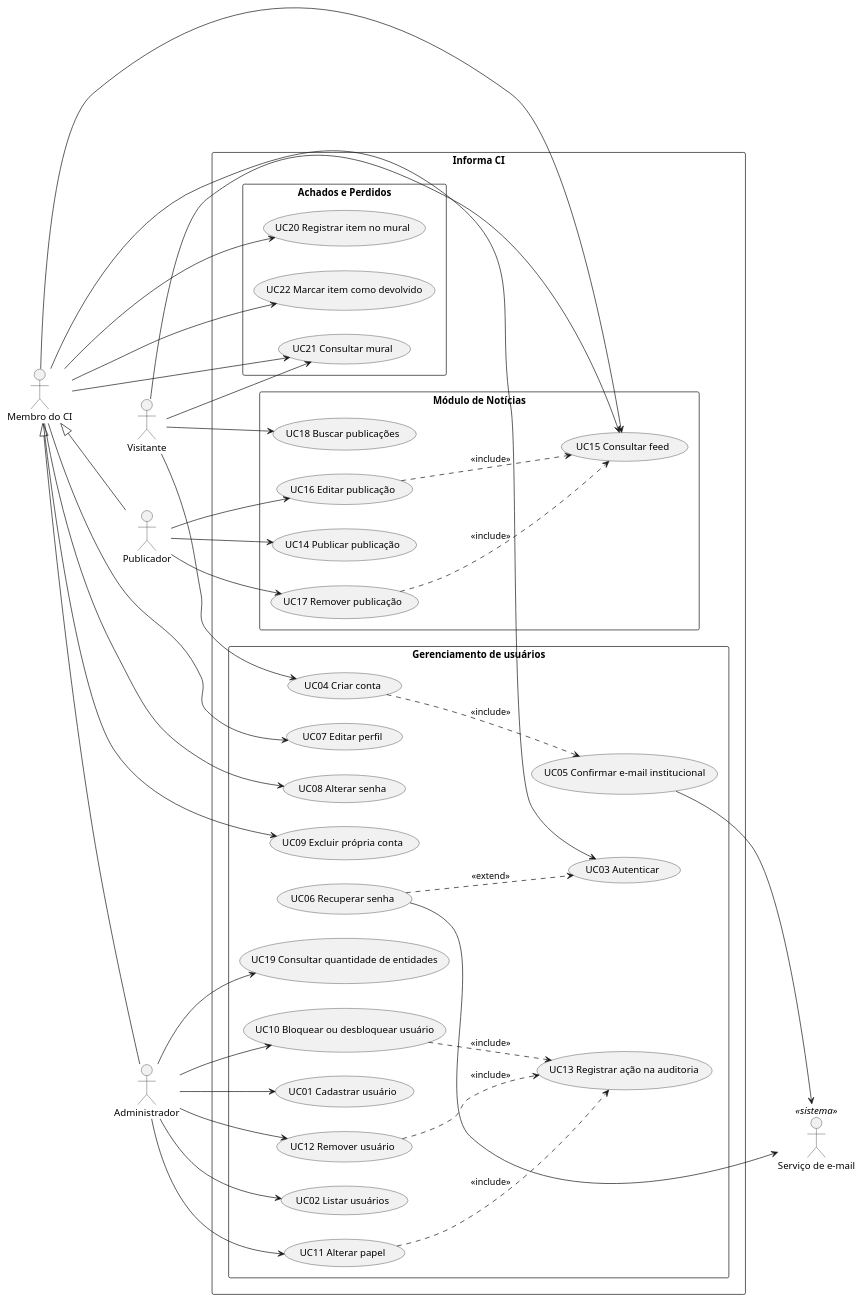
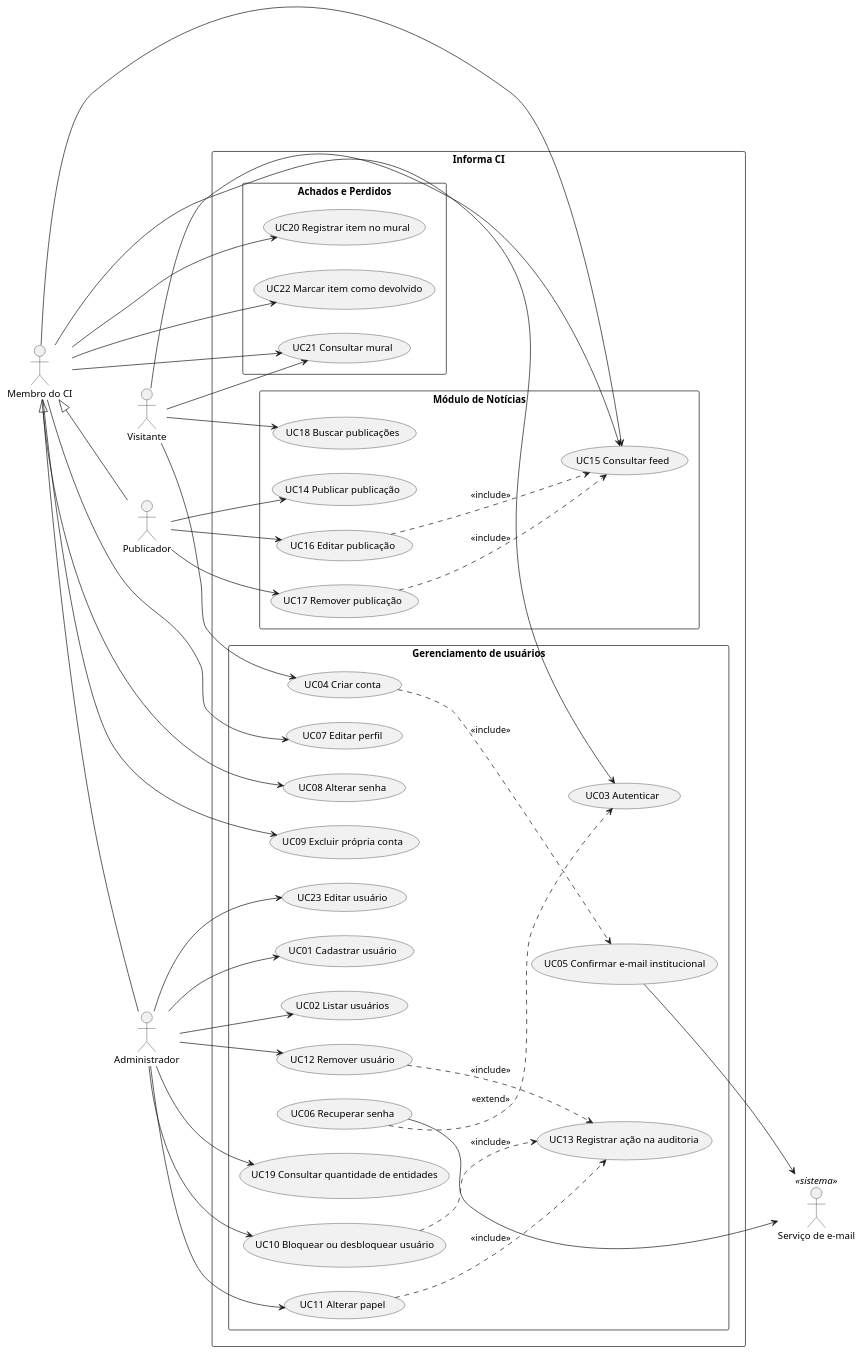
Before and after one commit to rodrigomfortes/informa-ci-mps: the diagram in docs/04-casos-de-uso/casos-de-uso.puml, drawn with PlantUML. The commit also changed 9 other files, not shown here.

```diff
--- a/docs/04-casos-de-uso/casos-de-uso.puml
+++ b/docs/04-casos-de-uso/casos-de-uso.puml
@@ -1,76 +1,78 @@
 @startuml casos-de-uso
 left to right direction
 skinparam packageStyle rectangle
 
 actor Visitante
 actor "Membro do CI" as Membro
 actor Publicador
 actor Administrador
 actor "Serviço de e-mail" as Email <<sistema>>
 
 Membro <|-- Publicador
 Membro <|-- Administrador
 
 rectangle "Informa CI" {
   package "Gerenciamento de usuários" {
     usecase "UC01 Cadastrar usuário" as UC01
     usecase "UC02 Listar usuários" as UC02
     usecase "UC03 Autenticar" as UC03
     usecase "UC04 Criar conta" as UC04
     usecase "UC05 Confirmar e-mail institucional" as UC05
     usecase "UC06 Recuperar senha" as UC06
     usecase "UC07 Editar perfil" as UC07
     usecase "UC08 Alterar senha" as UC08
     usecase "UC09 Excluir própria conta" as UC09
     usecase "UC10 Bloquear ou desbloquear usuário" as UC10
     usecase "UC11 Alterar papel" as UC11
     usecase "UC12 Remover usuário" as UC12
     usecase "UC13 Registrar ação na auditoria" as UC13
     usecase "UC19 Consultar quantidade de entidades" as UC19
+    usecase "UC23 Editar usuário" as UC23
   }
   package "Módulo de Notícias" {
     usecase "UC14 Publicar publicação" as UC14
     usecase "UC15 Consultar feed" as UC15
     usecase "UC16 Editar publicação" as UC16
     usecase "UC17 Remover publicação" as UC17
     usecase "UC18 Buscar publicações" as UC18
   }
   package "Achados e Perdidos" {
     usecase "UC20 Registrar item no mural" as UC20
     usecase "UC21 Consultar mural" as UC21
     usecase "UC22 Marcar item como devolvido" as UC22
   }
 }
 
 Visitante --> UC04
 Visitante --> UC15
 Visitante --> UC18
 Visitante --> UC21
 Membro --> UC03
 Membro --> UC07
 Membro --> UC08
 Membro --> UC09
 Membro --> UC15
 Membro --> UC20
 Membro --> UC21
 Membro --> UC22
 Publicador --> UC14
 Publicador --> UC16
 Publicador --> UC17
 Administrador --> UC01
 Administrador --> UC02
 Administrador --> UC10
 Administrador --> UC11
 Administrador --> UC12
 Administrador --> UC19
+Administrador --> UC23
 
 UC04 ..> UC05 : <<include>>
 UC06 ..> UC03 : <<extend>>
 UC10 ..> UC13 : <<include>>
 UC11 ..> UC13 : <<include>>
 UC12 ..> UC13 : <<include>>
 UC16 ..> UC15 : <<include>>
 UC17 ..> UC15 : <<include>>
 UC05 --> Email
 UC06 --> Email
 @enduml
```
